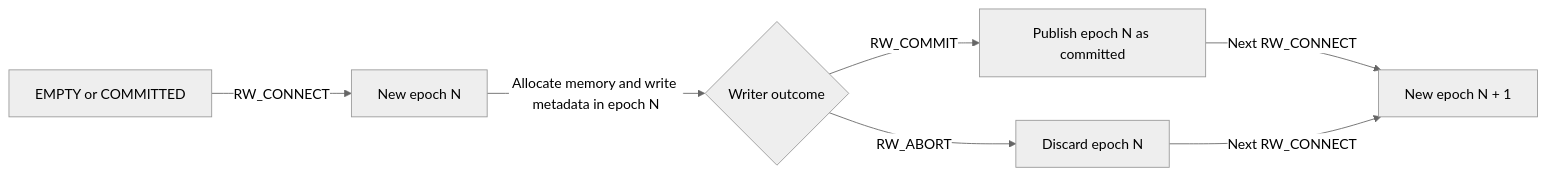
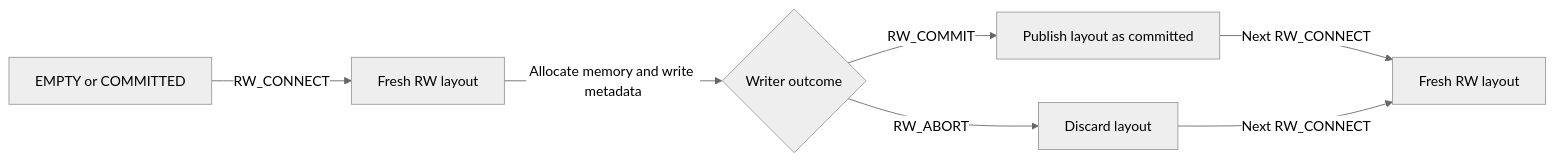
One commit to ai-dynamo/dynamo changed the third of 8 diagrams in lib/gpu_memory_service/README.md. Above: the diagram before and after it, drawn with Mermaid (neutral theme). The commit also changed other lines of this file and 13 other files, not shown here.

````diff
--- a/lib/gpu_memory_service/README.md
+++ b/lib/gpu_memory_service/README.md
@@ -184,9 +184,9 @@
 ```mermaid
 flowchart LR
-    A[EMPTY or COMMITTED] -->|RW_CONNECT| B[New epoch N]
-    B -->|Allocate memory and write metadata in epoch N| C{Writer outcome}
-    C -->|RW_COMMIT| D[Publish epoch N as committed]
-    C -->|RW_ABORT| E[Discard epoch N]
-    D -->|Next RW_CONNECT| F[New epoch N + 1]
+    A[EMPTY or COMMITTED] -->|RW_CONNECT| B[Fresh RW layout]
+    B -->|Allocate memory and write metadata| C{Writer outcome}
+    C -->|RW_COMMIT| D[Publish layout as committed]
+    C -->|RW_ABORT| E[Discard layout]
+    D -->|Next RW_CONNECT| F[Fresh RW layout]
     E -->|Next RW_CONNECT| F
 ```
````
